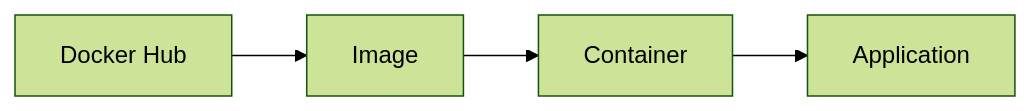
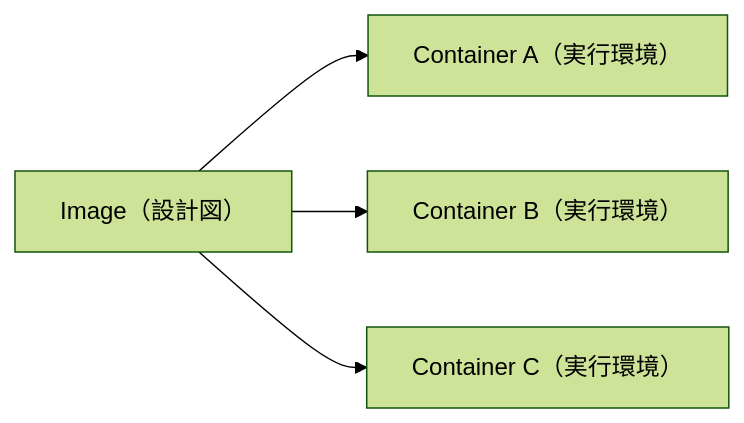
The first of 10 diagrams in public/docker-tutorial.md (Yamagishi-127/qiita-contents), drawn with Mermaid (forest theme) before and after one commit. The commit also changed other lines of this file, not shown here.

Commit message:
fix: docker-tutorial.md文章の構成を修正

````diff
--- a/public/docker-tutorial.md
+++ b/public/docker-tutorial.md
@@ -92,7 +86,8 @@
 ```mermaid
 flowchart LR
-  hub["Docker Hub"]
-  --> Image
-  --> Container
-  --> Application
+  Image["Image（設計図）"]
+
+  Image --> ContainerA["Container A（実行環境）"]
+  Image --> ContainerB["Container B（実行環境）"]
+  Image --> ContainerC["Container C（実行環境）"]
 ```
````
